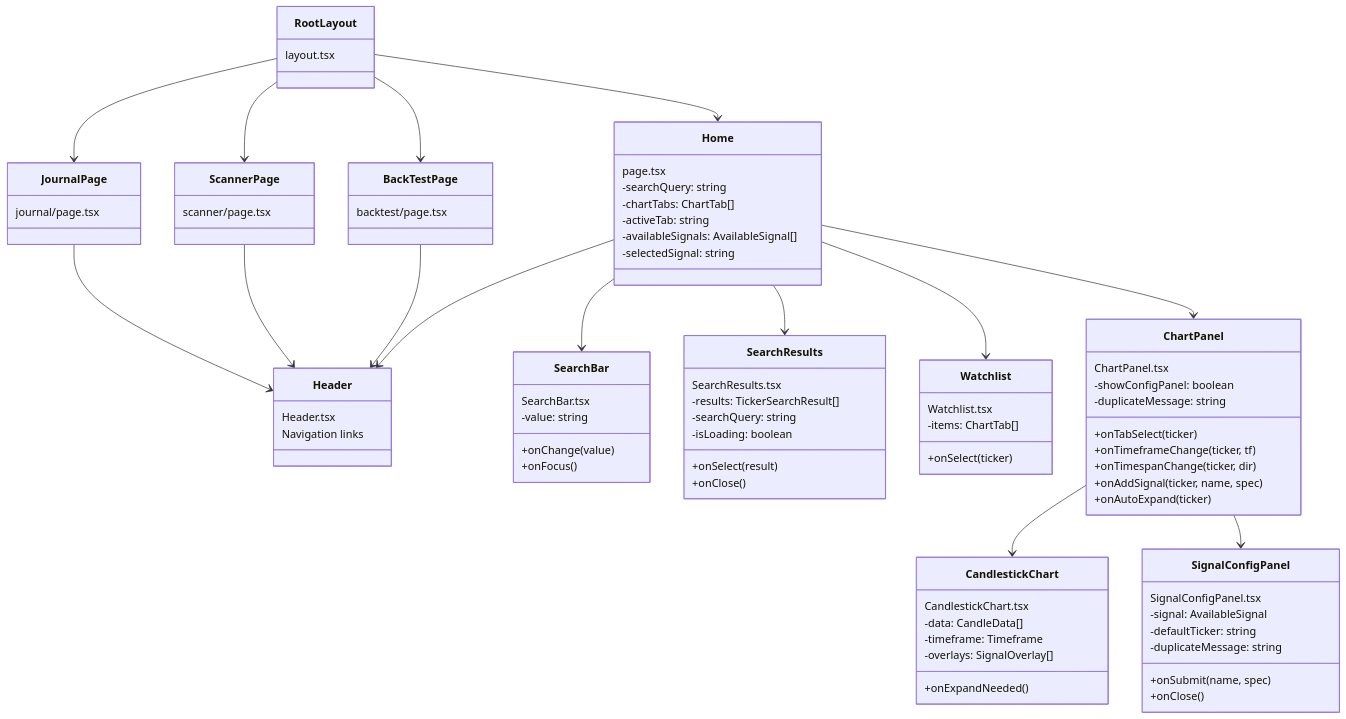
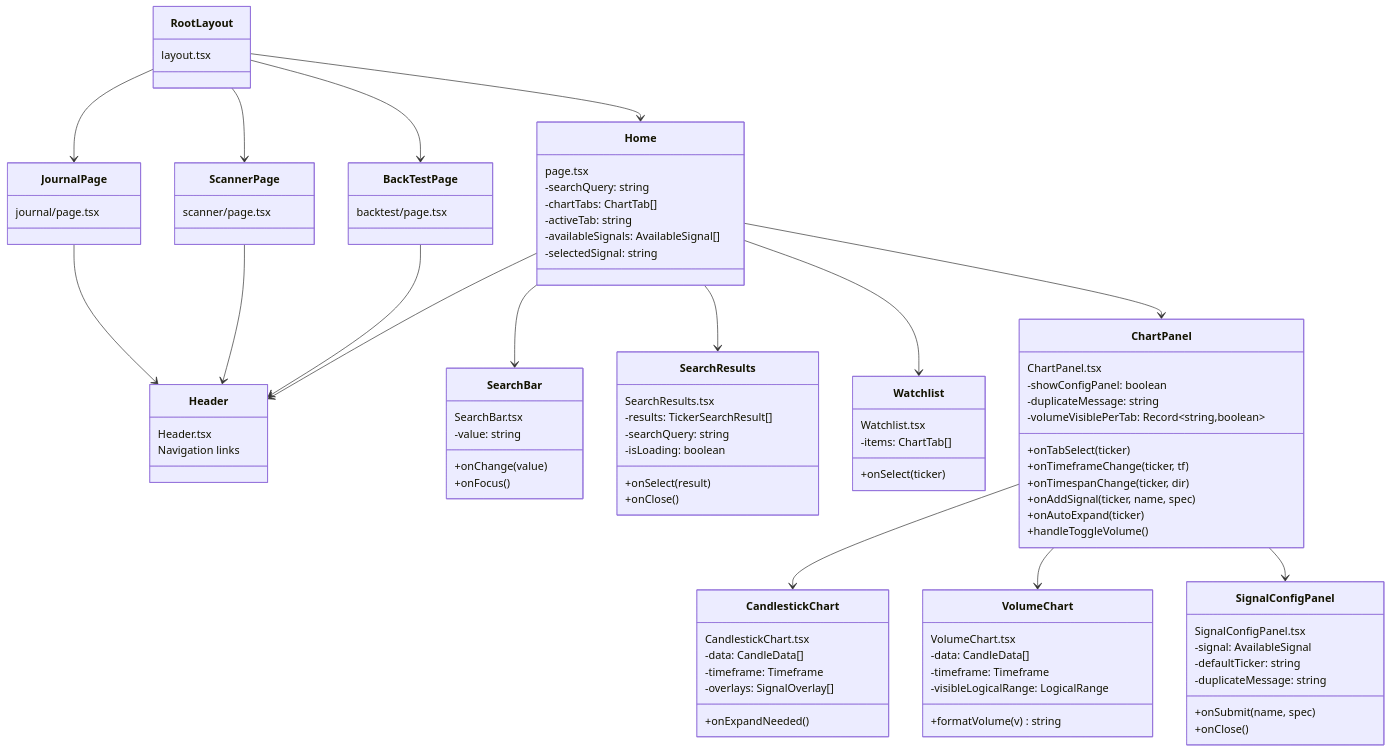
The diagram in COMPONENT_TREE.md (rdhayden/plutusFrontEnd), drawn with Mermaid before and after one commit. The commit also changed 38 other files, not shown here.

First line of the commit message:
Add volume sub-chart, named watchlists, chart state persistence, and drawings

````diff
--- a/COMPONENT_TREE.md
+++ b/COMPONENT_TREE.md
@@ -56,11 +56,13 @@
         ChartPanel.tsx
         -showConfigPanel: boolean
         -duplicateMessage: string
+        -volumeVisiblePerTab: Record~string,boolean~
         +onTabSelect(ticker)
         +onTimeframeChange(ticker, tf)
         +onTimespanChange(ticker, dir)
         +onAddSignal(ticker, name, spec)
         +onAutoExpand(ticker)
+        +handleToggleVolume()
     }
 
     class CandlestickChart {
@@ -69,6 +71,14 @@
         -timeframe: Timeframe
         -overlays: SignalOverlay[]
         +onExpandNeeded()
+    }
+
+    class VolumeChart {
+        VolumeChart.tsx
+        -data: CandleData[]
+        -timeframe: Timeframe
+        -visibleLogicalRange: LogicalRange
+        +formatVolume(v) string
     }
 
     class SignalConfigPanel {
@@ -96,5 +106,6 @@
     JournalPage --> Header
 
     ChartPanel --> CandlestickChart
+    ChartPanel --> VolumeChart
     ChartPanel --> SignalConfigPanel
 ```
````
